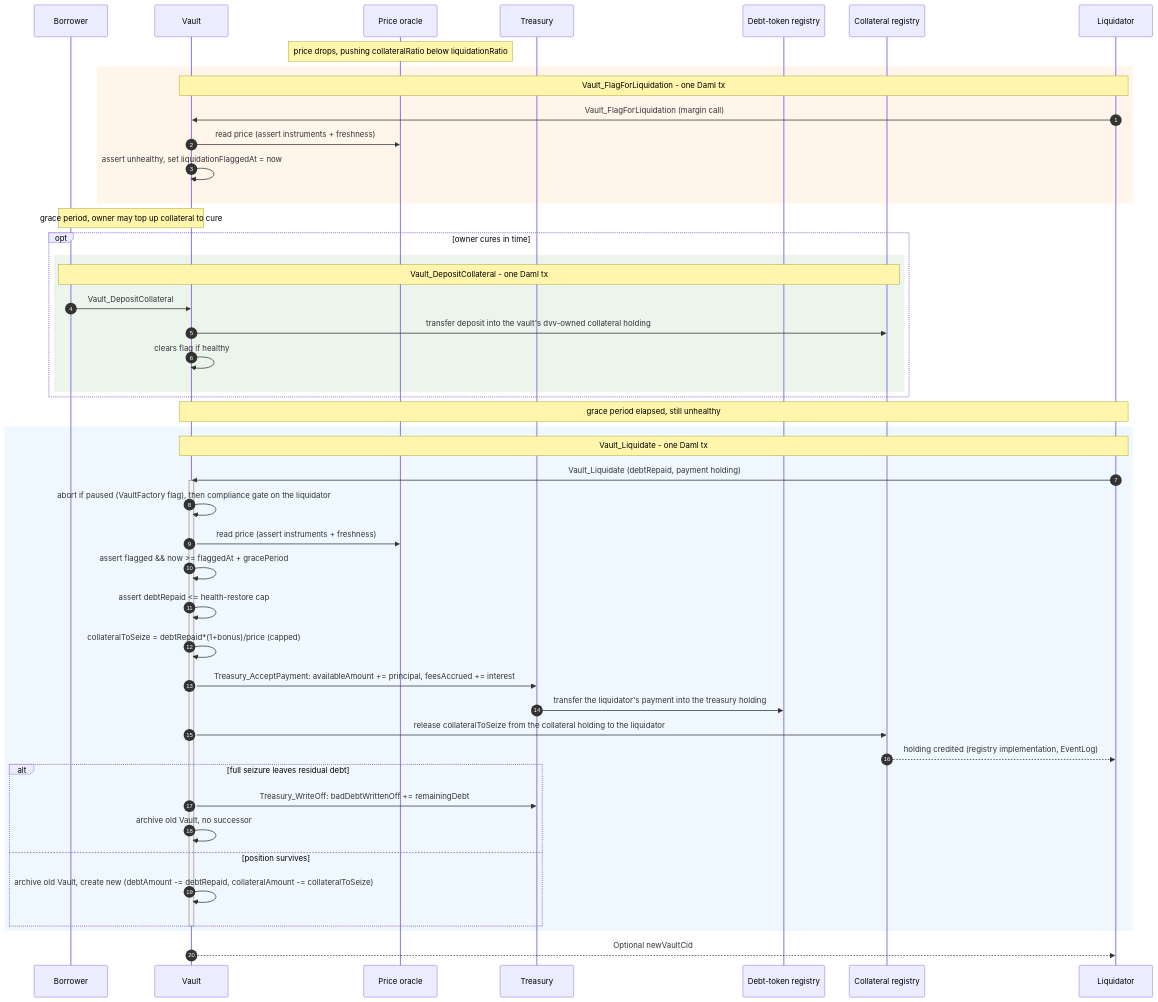
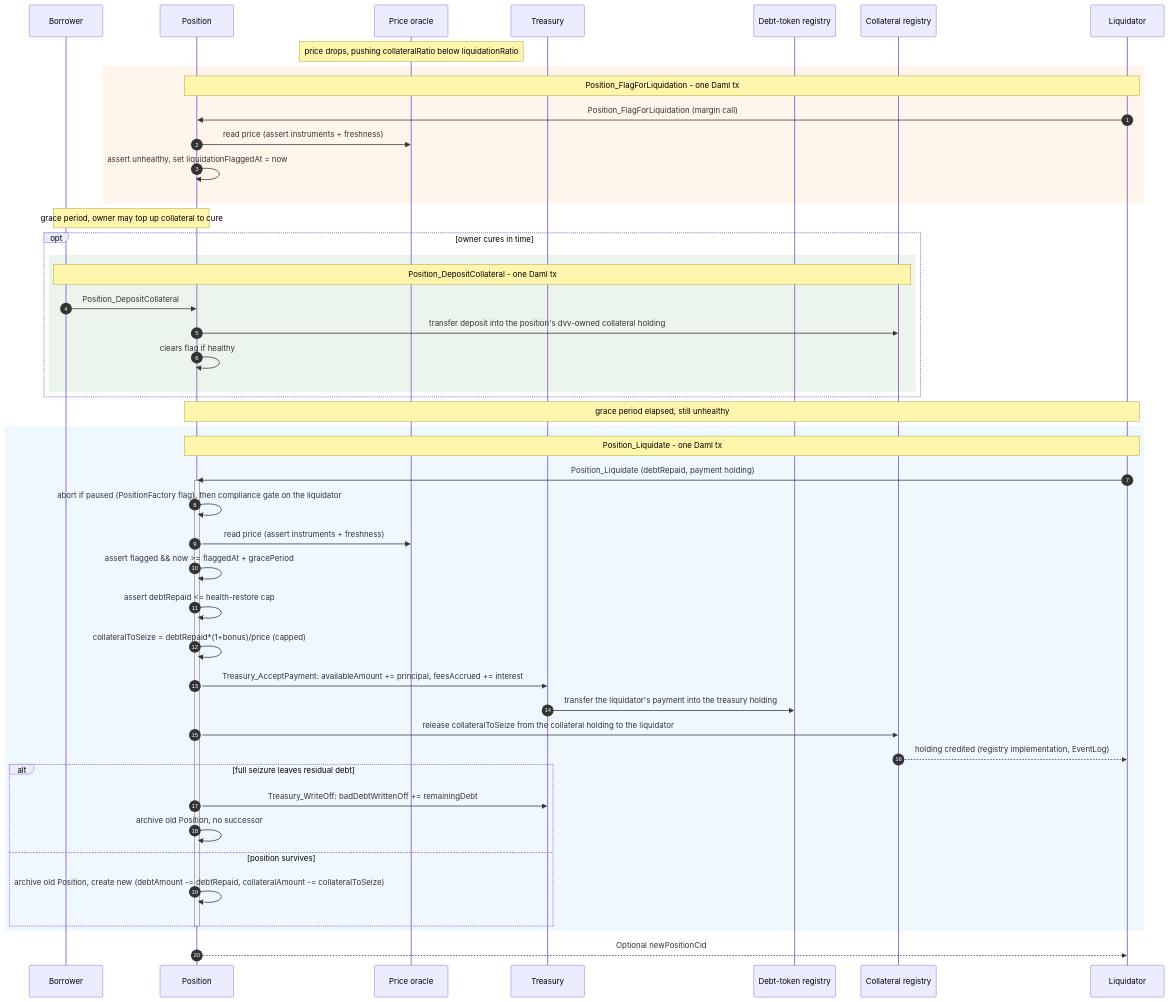
Before and after one commit to OpenZeppelin/canton-specs: the eighth of 8 diagrams in docs/reference-architectures/lending.md, drawn with Mermaid. The commit also changed other lines of this file, not shown here.

Commit message:
Change VaultFactory and Vault to PositionFactory and Position.

````diff
--- a/docs/reference-architectures/lending.md
+++ b/docs/reference-architectures/lending.md
@@ -481,51 +476,51 @@
 ```mermaid
 sequenceDiagram
     autonumber
     participant B as Borrower
-    participant V as Vault
+    participant V as Position
     participant O as Price oracle
     participant T as Treasury
     participant RD as Debt-token registry
     participant RC as Collateral registry
     participant L as Liquidator
 
     note over O: price drops, pushing collateralRatio below liquidationRatio
     rect rgb(255, 245, 235)
-    Note over V, L: Vault_FlagForLiquidation - one Daml tx
-    L->>V: Vault_FlagForLiquidation (margin call)
+    Note over V, L: Position_FlagForLiquidation - one Daml tx
+    L->>V: Position_FlagForLiquidation (margin call)
     V->>O: read price (assert instruments + freshness)
     V->>V: assert unhealthy, set liquidationFlaggedAt = now
     end
     note over B,V: grace period, owner may top up collateral to cure
     opt owner cures in time
         rect rgb(235, 245, 235)
-        Note over B, RC: Vault_DepositCollateral - one Daml tx
-        B->>V: Vault_DepositCollateral
-        V->>RC: transfer deposit into the vault's dvv-owned collateral holding
+        Note over B, RC: Position_DepositCollateral - one Daml tx
+        B->>V: Position_DepositCollateral
+        V->>RC: transfer deposit into the position's dvv-owned collateral holding
         V->>V: clears flag if healthy
         end
     end
     note over L,V: grace period elapsed, still unhealthy
     rect rgb(240, 248, 255)
-    Note over V, L: Vault_Liquidate - one Daml tx
-    L->>V: Vault_Liquidate (debtRepaid, payment holding)
+    Note over V, L: Position_Liquidate - one Daml tx
+    L->>V: Position_Liquidate (debtRepaid, payment holding)
     activate V
-    V->>V: abort if paused (VaultFactory flag), then compliance gate on the liquidator
+    V->>V: abort if paused (PositionFactory flag), then compliance gate on the liquidator
     V->>O: read price (assert instruments + freshness)
     V->>V: assert flagged && now >= flaggedAt + gracePeriod
     V->>V: assert debtRepaid <= health-restore cap
     V->>V: collateralToSeize = debtRepaid*(1+bonus)/price (capped)
     V->>T: Treasury_AcceptPayment: availableAmount += principal, feesAccrued += interest
     T->>RD: transfer the liquidator's payment into the treasury holding
     V->>RC: release collateralToSeize from the collateral holding to the liquidator
     RC-->>L: holding credited (registry implementation, EventLog)
     alt full seizure leaves residual debt
         V->>T: Treasury_WriteOff: badDebtWrittenOff += remainingDebt
-        V->>V: archive old Vault, no successor
+        V->>V: archive old Position, no successor
     else position survives
-        V->>V: archive old Vault, create new (debtAmount -= debtRepaid, collateralAmount -= collateralToSeize)
+        V->>V: archive old Position, create new (debtAmount -= debtRepaid, collateralAmount -= collateralToSeize)
     end
     deactivate V
     end
-    V-->>L: Optional newVaultCid
+    V-->>L: Optional newPositionCid
 ```
````
